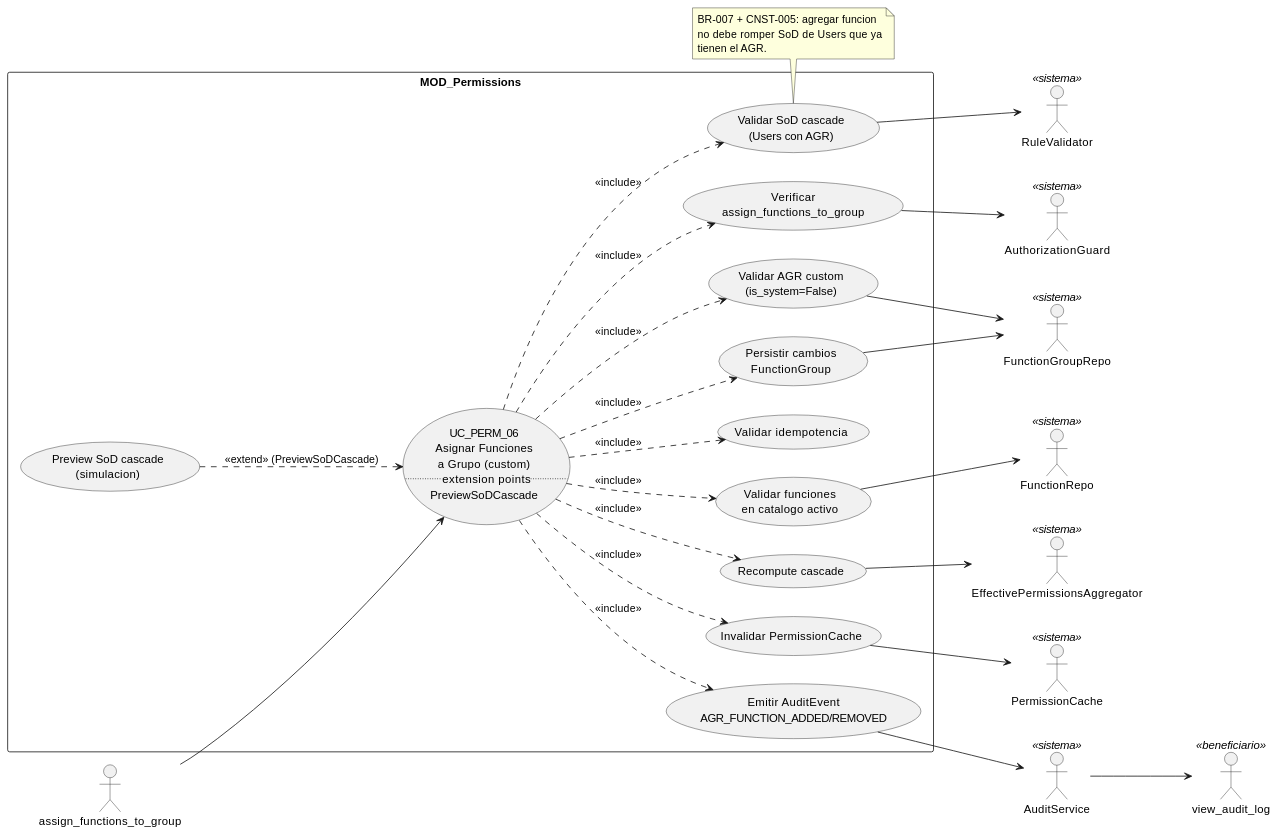
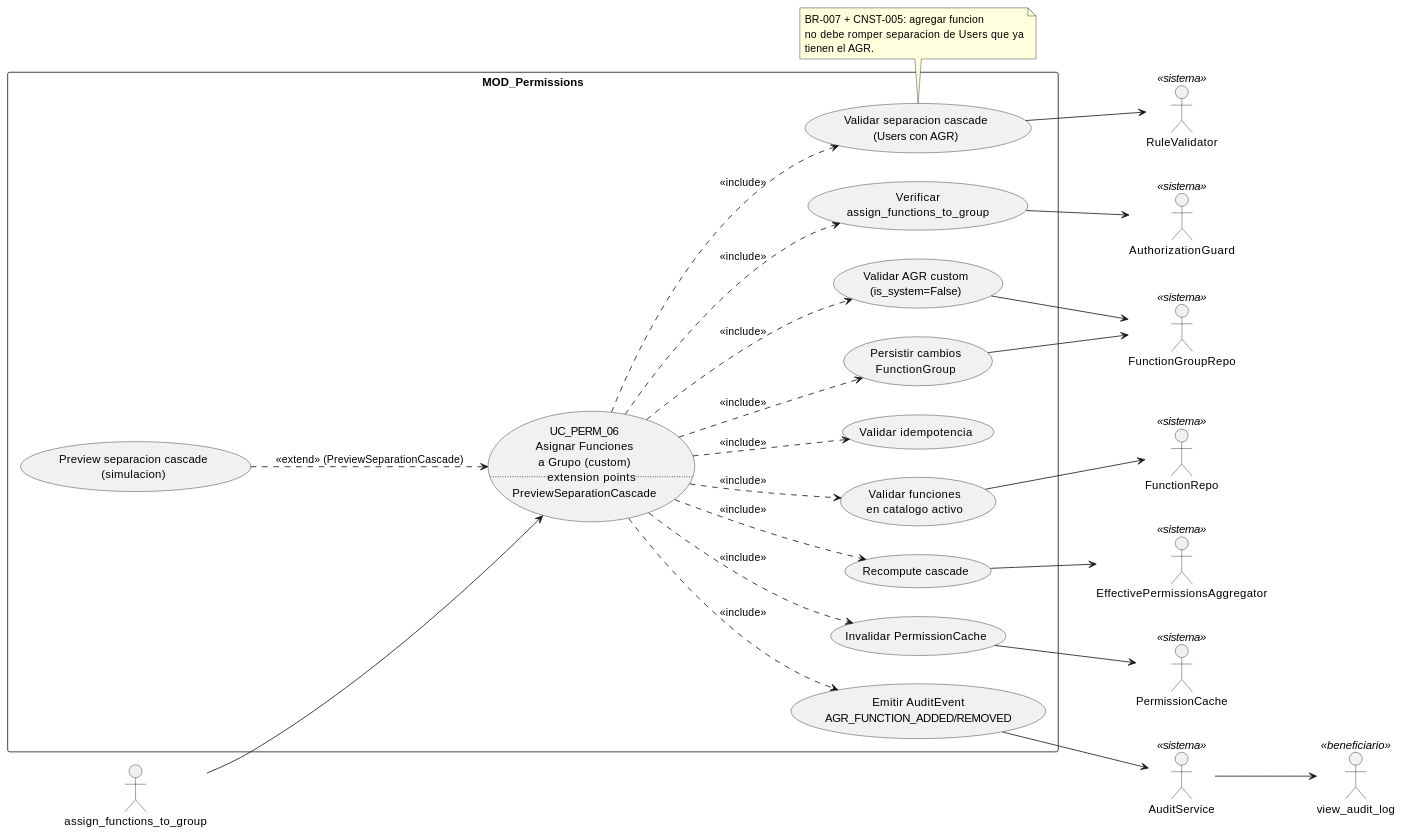
Before and after one commit to jcg-admin/IACT-docs: the diagram in source/arquitectura-tecnica/use-case-view/permissions/uc-perm-06-asignar-funciones-a-grupo.rst, drawn with PlantUML. The commit also changed other lines of this file, not shown here.

Commit message:
Replace SOD identifiers and narrative in uc-perm-06
T-011: Cat-1 + Cat-2 + Cat-3 + extension point name.

Refs: T-011, executor directive 'no Sod'

```diff
--- a/source/arquitectura-tecnica/use-case-view/permissions/uc-perm-06-asignar-funciones-a-grupo.rst
+++ b/source/arquitectura-tecnica/use-case-view/permissions/uc-perm-06-asignar-funciones-a-grupo.rst
@@ -26,61 +26,61 @@
 .. uml::
  :caption: UC_PERM_06 — actores y casos asociados.
 
  @startuml
 
  left to right direction
 
  actor "assign_functions_to_group" as assign_functions_to_group
  actor "view_audit_log" as view_audit_log <<beneficiario>>
  actor "AuthorizationGuard" as AuthorizationGuard <<sistema>>
  actor "FunctionGroupRepo" as FunctionGroupRepo <<sistema>>
  actor "FunctionRepo" as FunctionRepo <<sistema>>
  actor "RuleValidator" as RuleValidator <<sistema>>
  actor "EffectivePermissionsAggregator" as EffectivePermissionsAggregator <<sistema>>
  actor "PermissionCache" as PermissionCache <<sistema>>
  actor "AuditService" as AuditService <<sistema>>
 
  rectangle "MOD_Permissions" {
-   usecase "UC_PERM_06\nAsignar Funciones\na Grupo (custom)\n.. extension points ..\nPreviewSoDCascade" as UC_PERM_06
+   usecase "UC_PERM_06\nAsignar Funciones\na Grupo (custom)\n.. extension points ..\nPreviewSeparationCascade" as UC_PERM_06
    usecase "Verificar\nassign_functions_to_group" as VERIFICAR_AGR
    usecase "Validar AGR custom\n(is_system=False)" as VERIFICAR_CUSTOM
    usecase "Validar funciones\nen catalogo activo" as VALIDAR_FUNCION
-   usecase "Validar SoD cascade\n(Users con AGR)" as VALIDAR_SOD
+   usecase "Validar separacion cascade\n(Users con AGR)" as VALIDAR_SEPARATION_RULES
    usecase "Validar idempotencia" as IDEMP
    usecase "Persistir cambios\nFunctionGroup" as PERSISTIR
    usecase "Recompute cascade" as RECALC
    usecase "Invalidar PermissionCache" as INVALIDAR
    usecase "Emitir AuditEvent\nAGR_FUNCTION_ADDED/REMOVED" as AUDITAR
-   usecase "Preview SoD cascade\n(simulacion)" as PREVIEW
+   usecase "Preview separacion cascade\n(simulacion)" as PREVIEW
  }
 
  assign_functions_to_group --> UC_PERM_06
 
  UC_PERM_06 ..> VERIFICAR_AGR : <<include>>
  UC_PERM_06 ..> VERIFICAR_CUSTOM : <<include>>
  UC_PERM_06 ..> VALIDAR_FUNCION : <<include>>
- UC_PERM_06 ..> VALIDAR_SOD : <<include>>
+ UC_PERM_06 ..> VALIDAR_SEPARATION_RULES : <<include>>
  UC_PERM_06 ..> IDEMP : <<include>>
  UC_PERM_06 ..> PERSISTIR : <<include>>
  UC_PERM_06 ..> RECALC : <<include>>
  UC_PERM_06 ..> INVALIDAR : <<include>>
  UC_PERM_06 ..> AUDITAR : <<include>>
- PREVIEW ..> UC_PERM_06 : <<extend>> (PreviewSoDCascade)
+ PREVIEW ..> UC_PERM_06 : <<extend>> (PreviewSeparationCascade)
 
  VERIFICAR_AGR --> AuthorizationGuard
  VERIFICAR_CUSTOM --> FunctionGroupRepo
  VALIDAR_FUNCION --> FunctionRepo
- VALIDAR_SOD --> RuleValidator
+ VALIDAR_SEPARATION_RULES --> RuleValidator
  PERSISTIR --> FunctionGroupRepo
  RECALC --> EffectivePermissionsAggregator
  INVALIDAR --> PermissionCache
  AUDITAR --> AuditService
  AuditService --> view_audit_log
 
- note bottom of VALIDAR_SOD
+ note bottom of VALIDAR_SEPARATION_RULES
    BR-007 + CNST-005: agregar funcion
-   no debe romper SoD de Users que ya
+   no debe romper separacion de Users que ya
    tienen el AGR.
  end note
 
  @enduml
```
